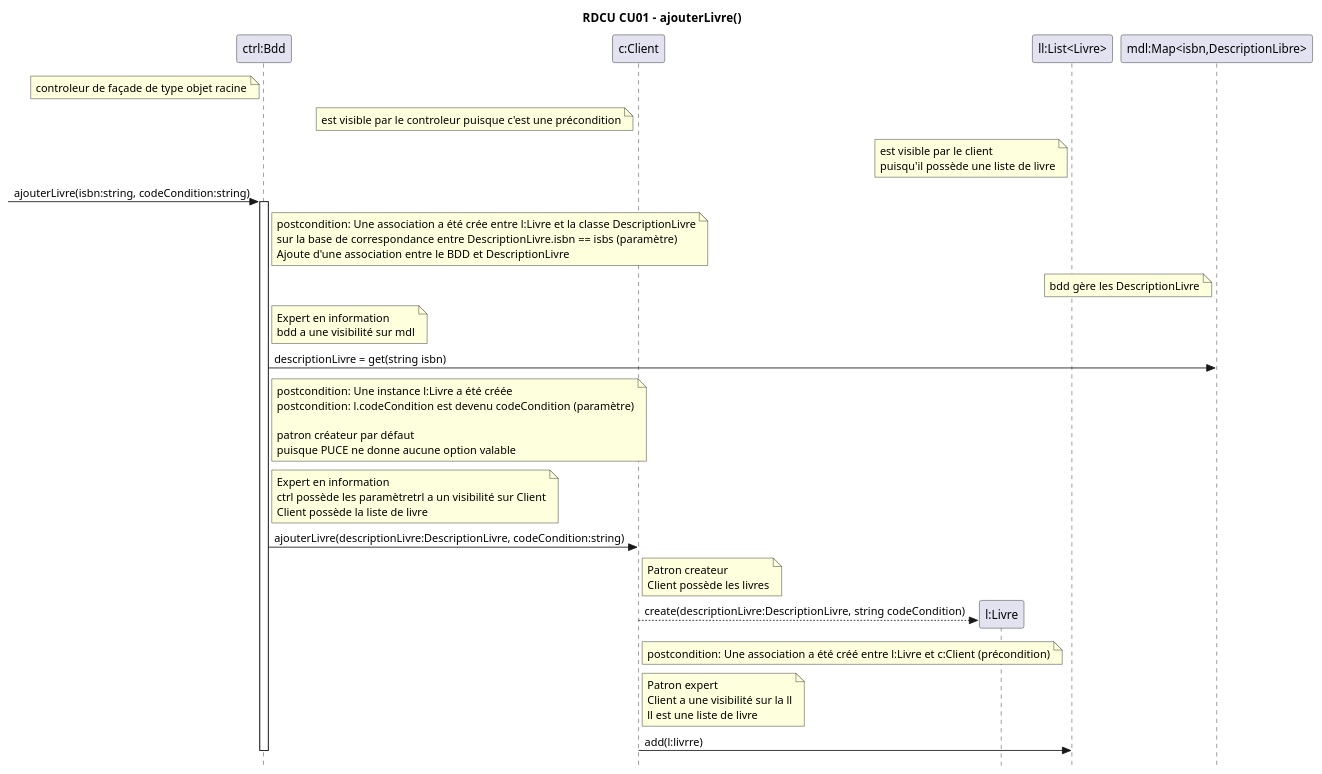
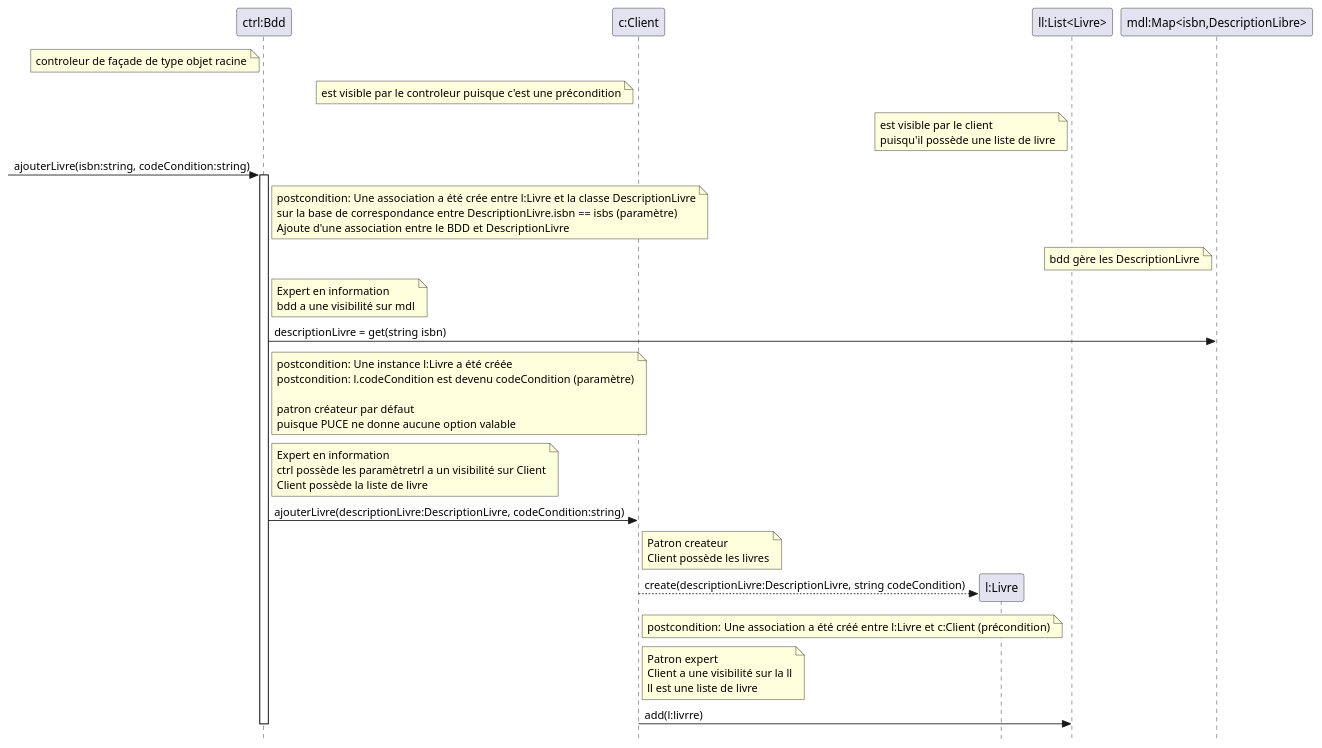
The fourth of 14 diagrams in DCU-CU-MDD-DSS-CON-RDCU-DCC/MDD-DSS-CON-RDCU-DCL-systeme-echange-livre.md (yvanross/LOG210-exercices), drawn with PlantUML before and after one commit. The commit also changed other lines of this file and 50 other files, not shown here.

````diff
--- a/DCU-CU-MDD-DSS-CON-RDCU-DCC/MDD-DSS-CON-RDCU-DCL-systeme-echange-livre.md
+++ b/DCU-CU-MDD-DSS-CON-RDCU-DCC/MDD-DSS-CON-RDCU-DCL-systeme-echange-livre.md
@@ -134,42 +131,39 @@
 ```plantuml
 @startuml
-title RDCU CU01 -  ajouterLivre()
 skinparam style strictuml
-
-
 participant "ctrl:Bdd" as S
 note left of S: controleur de façade de type objet racine
 
 participant "c:Client" as C
 note left of C: est visible par le controleur puisque c'est une précondition
 
 participant "l:Livre" as L
 
 participant "ll:List<Livre>" as LL
 note left of LL: est visible par le client\npuisqu'il possède une liste de livre
 
  -> S: ajouterLivre(isbn:string, codeCondition:string)
 activate S
 
 note right of S: postcondition: Une association a été crée entre l:Livre et la classe DescriptionLivre\nsur la base de correspondance entre DescriptionLivre.isbn == isbs (paramètre)\nAjoute d'une association entre le BDD et DescriptionLivre
 
 participant "mdl:Map<isbn,DescriptionLibre>" as MDL
 note left of MDL: bdd gère les DescriptionLivre
 note right of S: Expert en information\nbdd a une visibilité sur mdl
 S -> MDL: descriptionLivre = get(string isbn)
 
 note right of S: postcondition: Une instance l:Livre a été créée\npostcondition: l.codeCondition est devenu codeCondition (paramètre)\n\npatron créateur par défaut\npuisque PUCE ne donne aucune option valable
 
 note right of S: Expert en information\nctrl possède les paramètre\ctrl a un visibilité sur Client\nClient possède la liste de livre
 S -> C: ajouterLivre(descriptionLivre:DescriptionLivre, codeCondition:string)
 
 note right of C: Patron createur\nClient possède les livres
 C --> L**: create(descriptionLivre:DescriptionLivre, string codeCondition)
 
 note right of C: postcondition: Une association a été créé entre l:Livre et c:Client (précondition)
 note right of C: Patron expert\nClient a une visibilité sur la ll\nll est une liste de livre
 C -> LL: add(l:livrre)
 
 deactivate S
 @enduml
 ```
````
